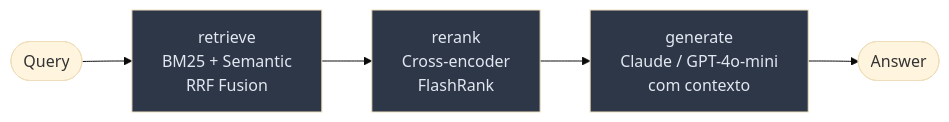
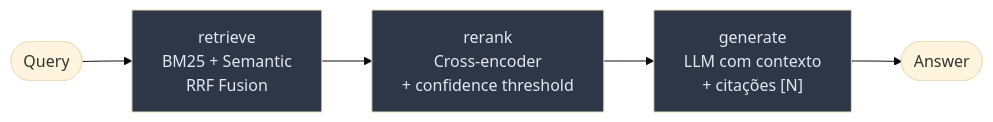
Before and after one commit to RenanMiqueloti/rag-chatbot: the diagram in README.md, drawn with Mermaid (base theme). The commit also changed other lines of this file, not shown here.

````diff
--- a/README.md
+++ b/README.md
@@ -27,11 +33,11 @@
 ```mermaid
 graph LR
     A([Query]) --> B
-    B["retrieve\nBM25 + Semantic\nRRF Fusion"] --> C
-    C["rerank\nCross-encoder\nFlashRank"] --> D
-    D["generate\nClaude / GPT-4o-mini\ncom contexto"] --> E([Answer])
+    B["retrieve<br/>BM25 + Semantic<br/>RRF Fusion"] --> C
+    C["rerank<br/>Cross-encoder<br/>+ confidence threshold"] --> D
+    D["generate<br/>LLM com contexto<br/>+ citações [N]"] --> E([Answer])
 
     style B fill:#2d3748,color:#e2e8f0
     style C fill:#2d3748,color:#e2e8f0
     style D fill:#2d3748,color:#e2e8f0
 ```
````
